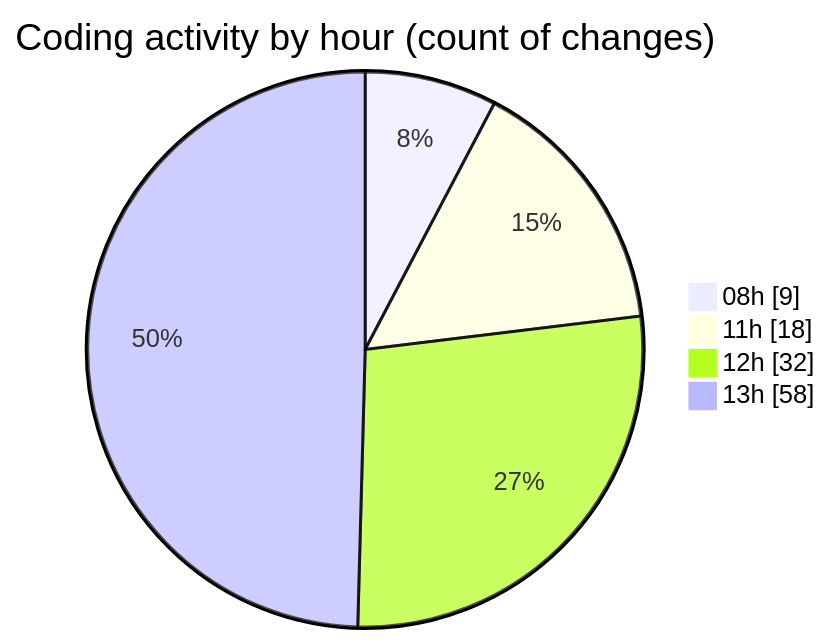
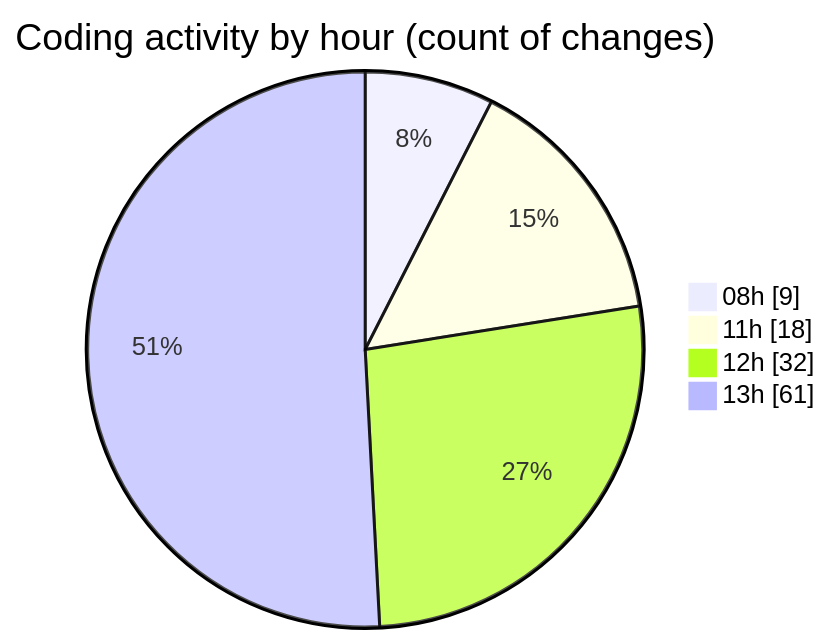
The second of 2 diagrams in 2026-04-17/cda/README.md (momahboobian/code-tracking), drawn with Mermaid before and after one commit. The commit also changed other lines of this file and 1 other file, not shown here.

````diff
--- a/2026-04-17/cda/README.md
+++ b/2026-04-17/cda/README.md
@@ -59,8 +60,8 @@
 ```mermaid
 pie showData
 title Coding activity by hour (count of changes)
 "08h" : 9
 "11h" : 18
 "12h" : 32
-"13h" : 58
+"13h" : 61
 ```
````
